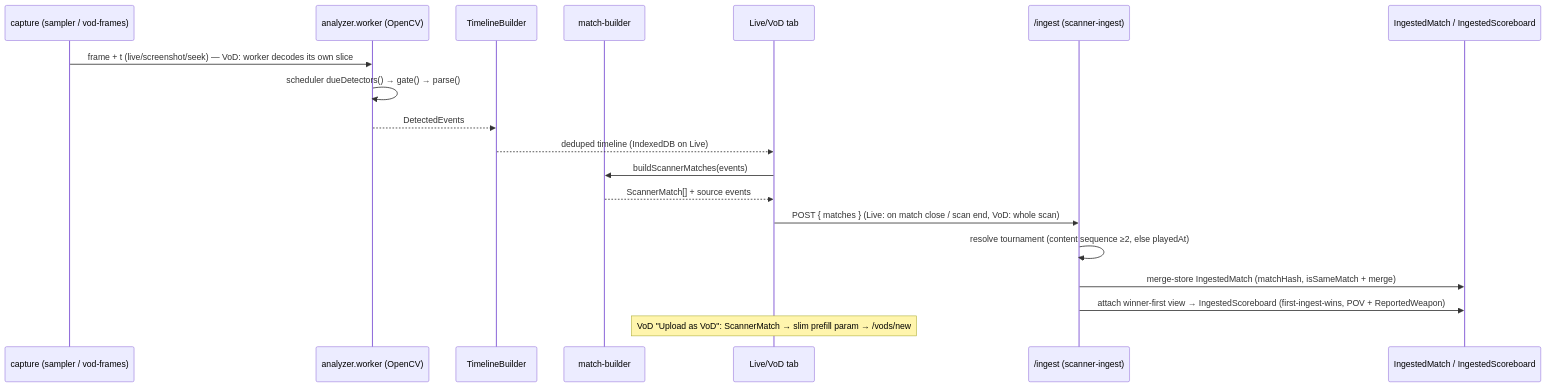
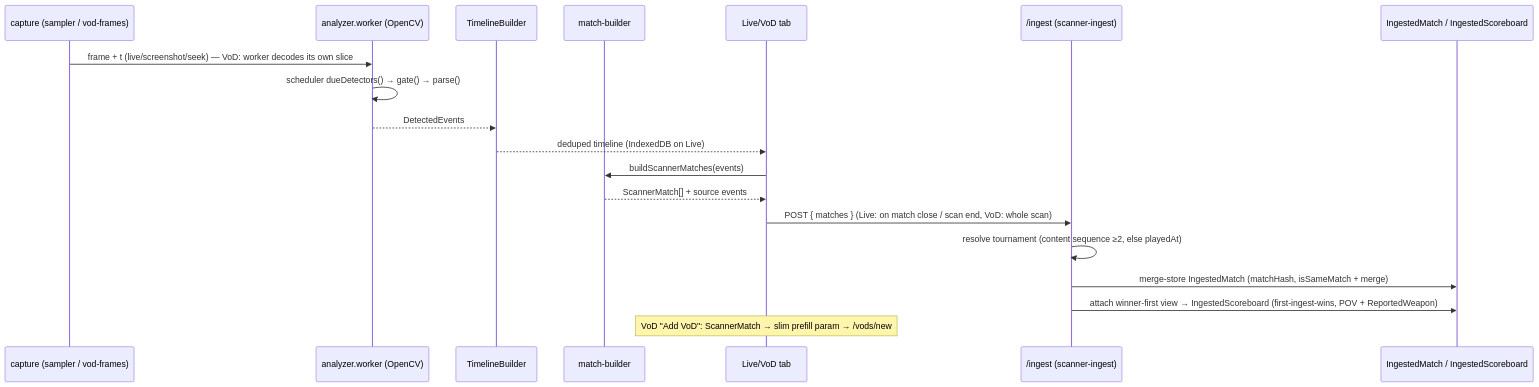
The diagram in app/features/scanner/README.md (sendou-ink/sendou.ink), drawn with Mermaid before and after one commit. The commit also changed 7 other files, not shown here.

````diff
--- a/app/features/scanner/README.md
+++ b/app/features/scanner/README.md
@@ -33,21 +33,21 @@
 ```mermaid
 sequenceDiagram
   participant Cap as capture (sampler / vod-frames)
   participant W as analyzer.worker (OpenCV)
   participant TL as TimelineBuilder
   participant MB as match-builder
   participant UI as Live/VoD tab
   participant ING as /ingest (scanner-ingest)
   participant DB as IngestedMatch / IngestedScoreboard
   Cap->>W: frame + t (live/screenshot/seek) — VoD: worker decodes its own slice
   W->>W: scheduler dueDetectors() → gate() → parse()
   W-->>TL: DetectedEvents
   TL-->>UI: deduped timeline (IndexedDB on Live)
   UI->>MB: buildScannerMatches(events)
   MB-->>UI: ScannerMatch[] + source events
   UI->>ING: POST { matches } (Live: on match close / scan end, VoD: whole scan)
   ING->>ING: resolve tournament (content sequence ≥2, else playedAt)
   ING->>DB: merge-store IngestedMatch (matchHash, isSameMatch + merge)
   ING->>DB: attach winner-first view → IngestedScoreboard (first-ingest-wins, POV + ReportedWeapon)
-  Note over UI: VoD "Upload as VoD": ScannerMatch → slim prefill param → /vods/new
+  Note over UI: VoD "Add VoD": ScannerMatch → slim prefill param → /vods/new
 ```
````
